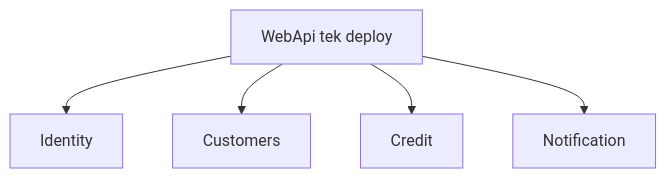
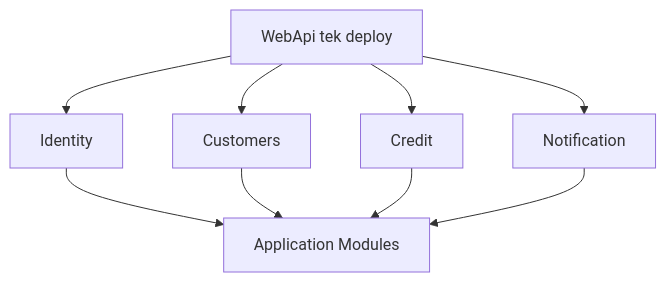
One commit to fdeniz07/BankApp changed the first of 2 diagrams in docs/learning/tr/17-modular-monolith.md. Above: the diagram before and after it, drawn with Mermaid. The commit also changed other lines of this file and 105 other files, not shown here.

First line of the commit message:
doc: Enrich learning chapters with labs, pitfalls, and safe Mermaid

````diff
--- a/docs/learning/tr/17-modular-monolith.md
+++ b/docs/learning/tr/17-modular-monolith.md
@@ -9,7 +11,11 @@
 ```mermaid
 flowchart TB
-  WA[WebApi tek deploy] --> ID[Identity]
-  WA --> CU[Customers]
-  WA --> CR[Credit]
-  WA --> NT[Notification]
+  WA["WebApi tek deploy"] --> ID["Identity"]
+  WA --> CU["Customers"]
+  WA --> CR["Credit"]
+  WA --> NT["Notification"]
+  ID --> APP["Application Modules"]
+  CU --> APP
+  CR --> APP
+  NT --> APP
 ```
````
